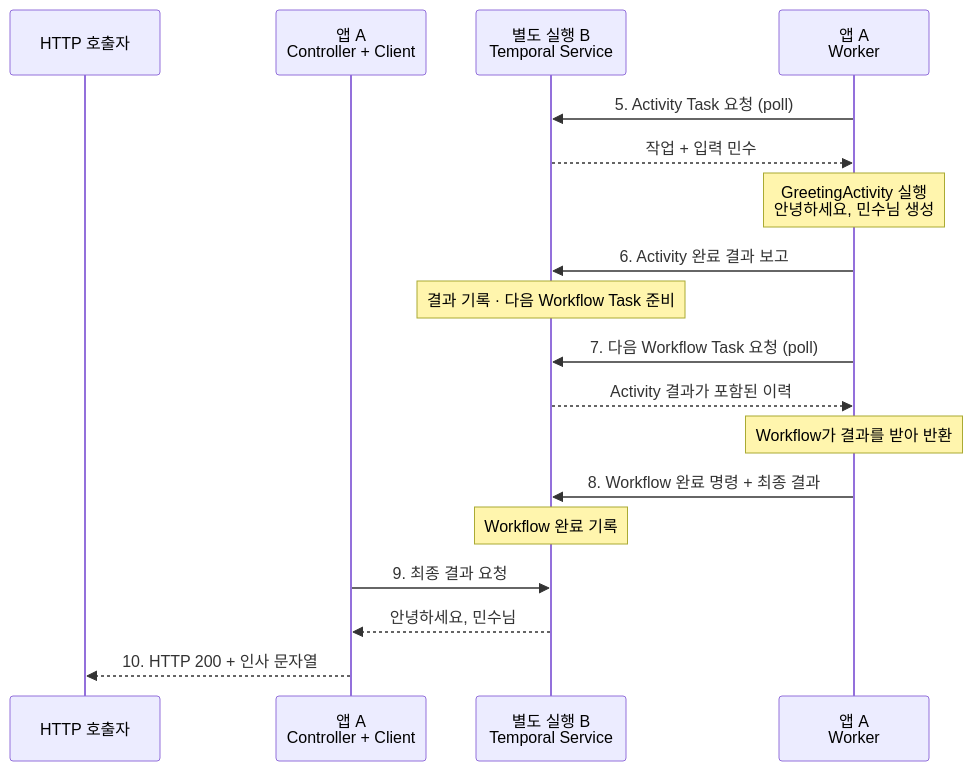
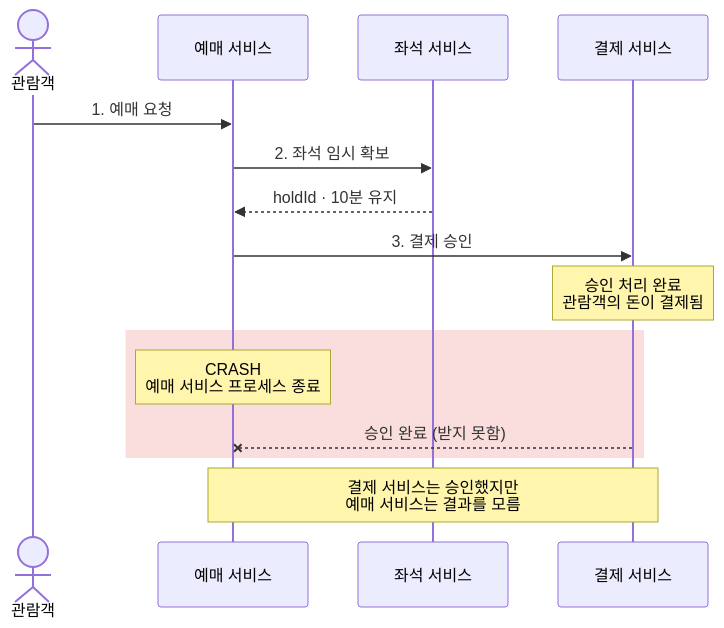
The third of 5 diagrams in src/content/posts/ko/temporal-01-overview/index.md (hanumoka/hanumoka.github.io), drawn with Mermaid before and after one commit. The commit also changed other lines of this file and 42 other files, not shown here.

````diff
--- a/src/content/posts/ko/temporal-01-overview/index.md
+++ b/src/content/posts/ko/temporal-01-overview/index.md
@@ -129,22 +114,19 @@
 ```mermaid
 sequenceDiagram
-    accTitle: Activity 실행부터 HTTP 응답까지의 순서
-    accDescr: Worker가 Activity Task를 가져와 인사 문자열을 만들고 결과를 Service에 보고한다. 다음 Workflow Task에서 그 결과로 Workflow를 끝낸다. Client는 Service에서 최종 결과를 받아 HTTP 응답한다.
-    participant U as HTTP 호출자
-    participant C as 앱 A<br/>Controller + Client
-    participant S as 별도 실행 B<br/>Temporal Service
-    participant W as 앱 A<br/>Worker
-    W->>S: 5. Activity Task 요청 (poll)
-    S-->>W: 작업 + 입력 민수
-    Note over W: GreetingActivity 실행<br/>안녕하세요, 민수님 생성
-    W->>S: 6. Activity 완료 결과 보고
-    Note over S: 결과 기록 · 다음 Workflow Task 준비
-    W->>S: 7. 다음 Workflow Task 요청 (poll)
-    S-->>W: Activity 결과가 포함된 이력
-    Note over W: Workflow가 결과를 받아 반환
-    W->>S: 8. Workflow 완료 명령 + 최종 결과
-    Note over S: Workflow 완료 기록
-    C->>S: 9. 최종 결과 요청
-    S-->>C: 안녕하세요, 민수님
-    C-->>U: 10. HTTP 200 + 인사 문자열
+    accTitle: 멈춘 지점 2 — 결제는 승인됐지만 승인 응답을 받기 전에 예매 서비스가 종료된다
+    accDescr: 예매 서비스가 결제 서비스에 결제 승인을 요청한다. 결제 서비스는 승인을 끝내지만, 그 응답이 도착하기 전에 예매 서비스 프로세스가 종료된다. 결제 서비스는 승인했고 예매 서비스는 결과를 모른다.
+    actor U as 관람객
+    participant B as 예매 서비스
+    participant S as 좌석 서비스
+    participant P as 결제 서비스
+    U->>B: 1. 예매 요청
+    B->>S: 2. 좌석 임시 확보
+    S-->>B: holdId · 10분 유지
+    B->>P: 3. 결제 승인
+    Note over P: 승인 처리 완료<br/>관람객의 돈이 결제됨
+    rect rgba(220, 38, 38, 0.15)
+    Note over B: CRASH<br/>예매 서비스 프로세스 종료
+    P--xB: 승인 완료 (받지 못함)
+    end
+    Note over B,P: 결제 서비스는 승인했지만<br/>예매 서비스는 결과를 모름
 ```
````
